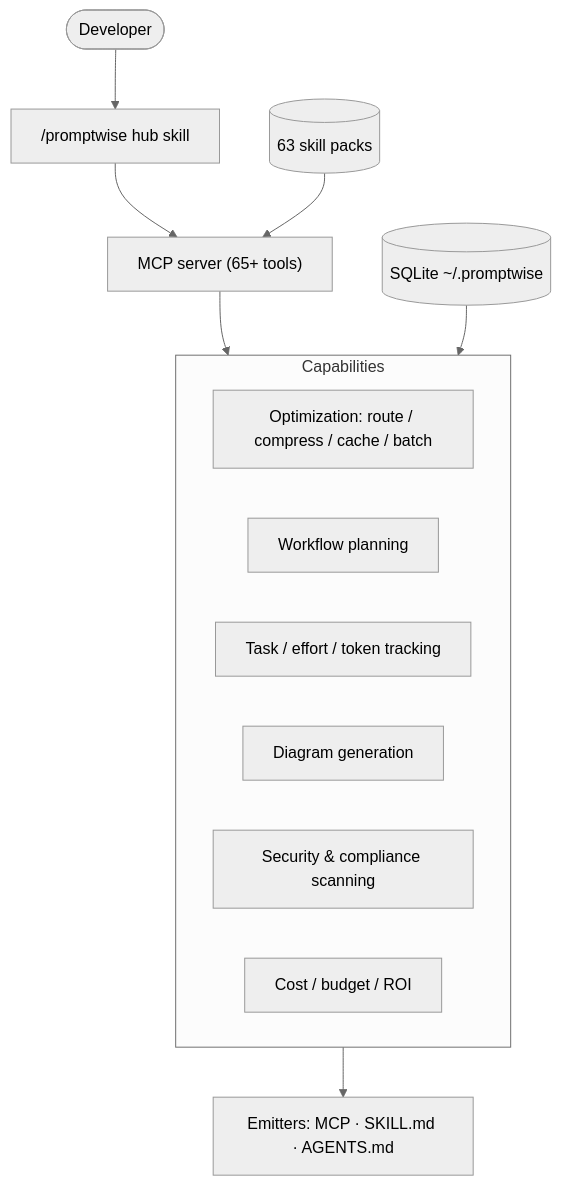
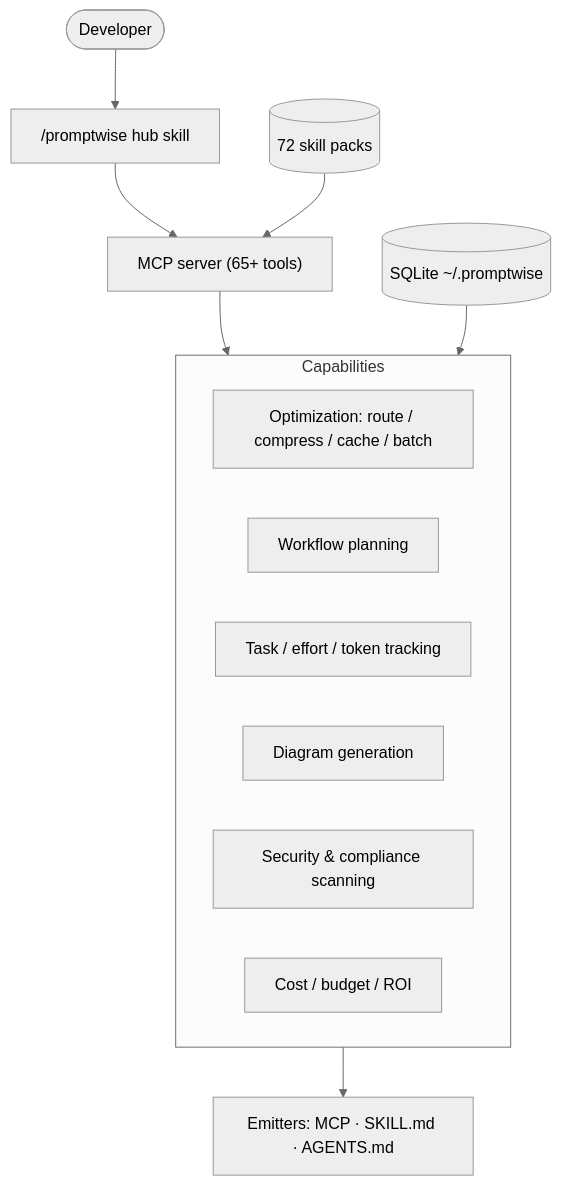
The first of 4 diagrams in docs/ARCHITECTURE.md (u2anilgit/PromptWise), drawn with Mermaid (neutral theme) before and after one commit. The commit also changed 9 other files, not shown here.

````diff
--- a/docs/ARCHITECTURE.md
+++ b/docs/ARCHITECTURE.md
@@ -10,17 +10,17 @@
 ```mermaid
 flowchart TB
   dev([Developer]) --> hub["/promptwise hub skill"]
   hub --> mcp["MCP server (65+ tools)"]
   subgraph Capabilities
     opt[Optimization: route / compress / cache / batch]
     flow[Workflow planning]
     track[Task / effort / token tracking]
     diag[Diagram generation]
     sec[Security & compliance scanning]
     cost[Cost / budget / ROI]
   end
   mcp --> Capabilities
   Capabilities --> emit["Emitters: MCP · SKILL.md · AGENTS.md"]
-  packs[("63 skill packs")] --> mcp
+  packs[("72 skill packs")] --> mcp
   store[("SQLite ~/.promptwise")] --> Capabilities
 ```
````
